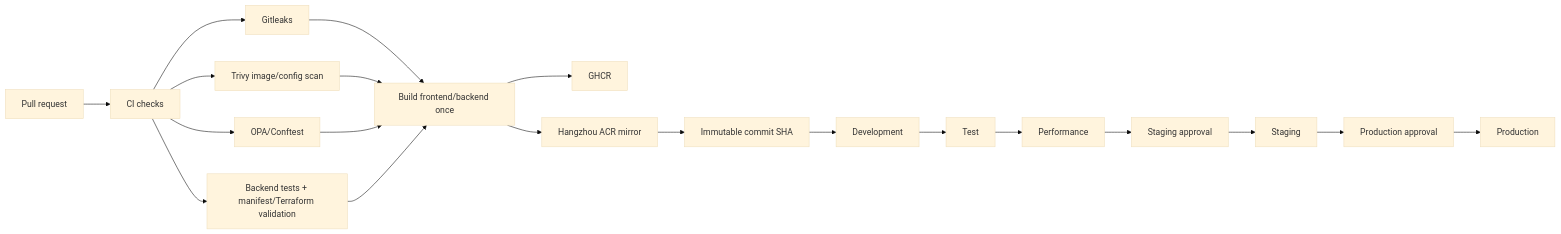
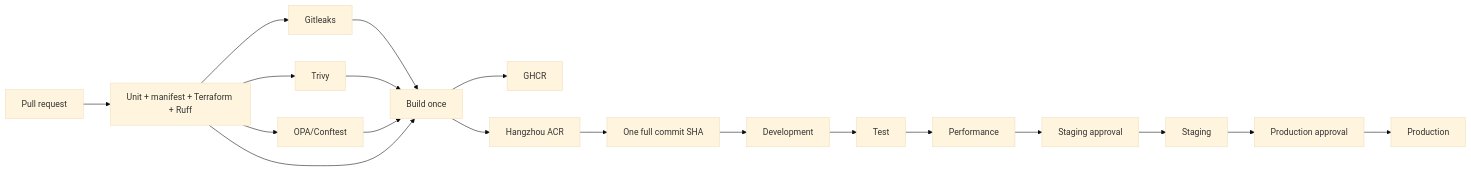
One commit to xxseehome/cloud-native-online-bookstore changed the third of 3 diagrams in docs/architecture.md. Above: the diagram before and after it, drawn with Mermaid (base theme). The commit also changed other lines of this file and 32 other files, not shown here.

````diff
--- a/docs/architecture.md
+++ b/docs/architecture.md
@@ -76,19 +99,18 @@
 ```mermaid
 flowchart LR
-    PR[Pull request] --> Checks[CI checks]
-    Checks --> Secrets[Gitleaks]
-    Checks --> Vuln[Trivy image/config scan]
-    Checks --> Policy[OPA/Conftest]
-    Checks --> Tests[Backend tests + manifest/Terraform validation]
-    Secrets & Vuln & Policy & Tests --> Build[Build frontend/backend once]
+    PR[Pull request] --> Gates[Unit + manifest + Terraform + Ruff]
+    Gates --> Secrets[Gitleaks]
+    Gates --> Vuln[Trivy]
+    Gates --> Policy[OPA/Conftest]
+    Secrets & Vuln & Policy & Gates --> Build[Build once]
     Build --> GHCR[GHCR]
-    Build --> ACR[Hangzhou ACR mirror]
-    ACR --> SHA[Immutable commit SHA]
-    SHA --> D[Development]
-    D --> T[Test]
-    T --> P[Performance]
-    P --> SA[Staging approval]
-    SA --> S[Staging]
-    S --> PA[Production approval]
-    PA --> Prod[Production]
+    Build --> ACR[Hangzhou ACR]
+    ACR --> SHA[One full commit SHA]
+    SHA --> Dev[Development]
+    Dev --> Test[Test]
+    Test --> Perf[Performance]
+    Perf --> Stage[Staging approval]
+    Stage --> Staging[Staging]
+    Staging --> ProdApproval[Production approval]
+    ProdApproval --> Production[Production]
 ```
````
